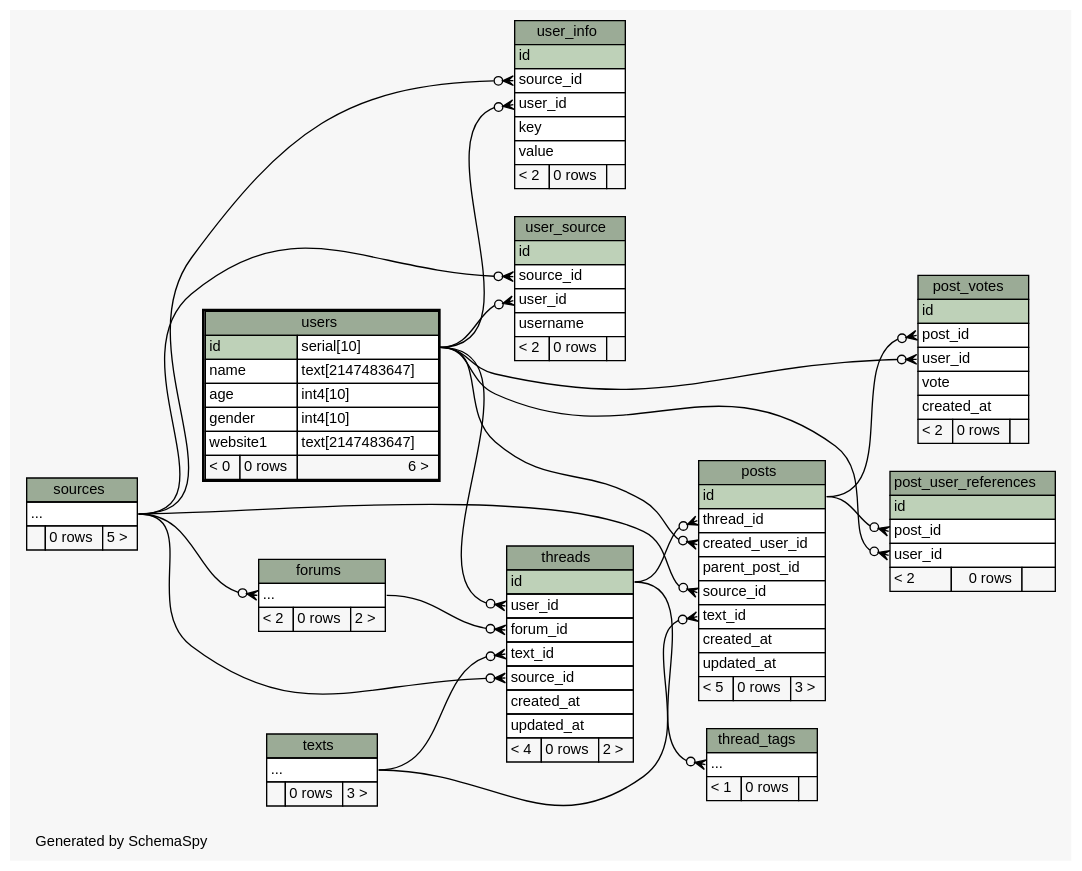
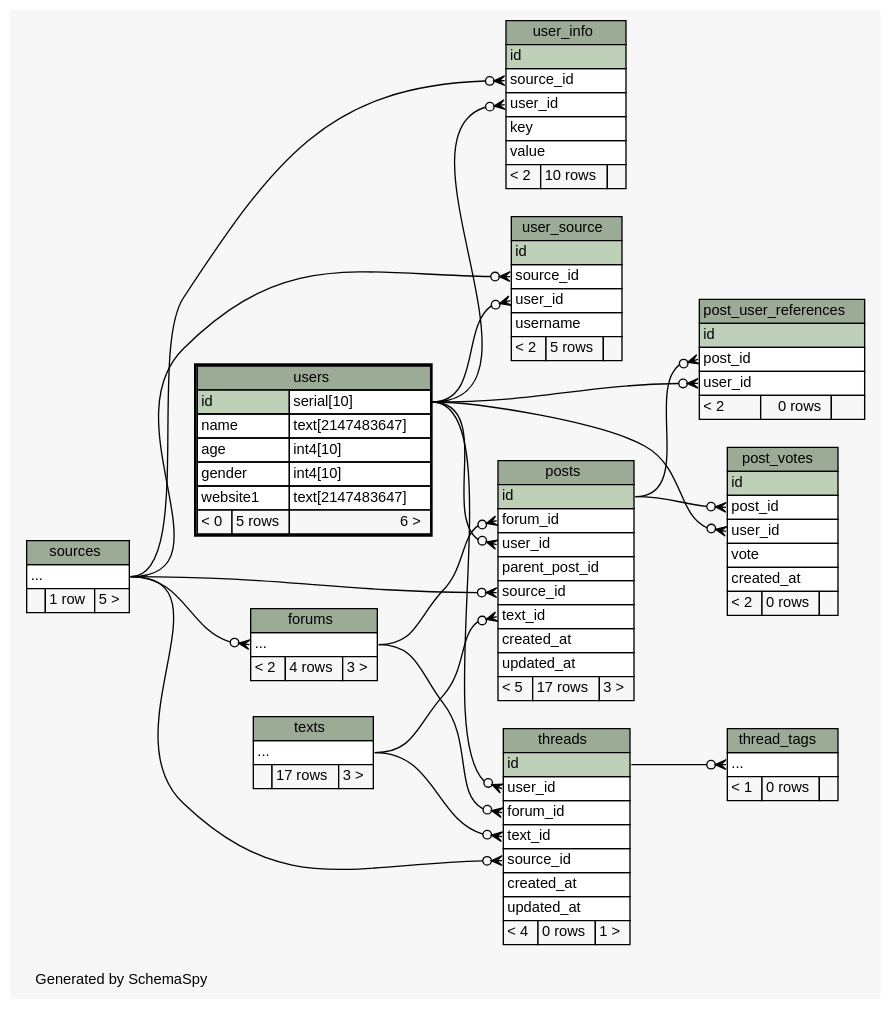
The diagram in schema/oltp/diagrams/users.2degrees.dot (ryanaustincarlson/moocdb), drawn with Graphviz before and after one commit. The commit also changed 77 other files, not shown here.

Commit message:
updated oltp schema

```diff
--- a/schema/oltp/diagrams/users.2degrees.dot
+++ b/schema/oltp/diagrams/users.2degrees.dot
@@ -1,180 +1,180 @@
-// dot 2.34.0 on Mac OS X 10.8.3
+// dot 2.32.0 on Mac OS X 10.8.5
 // SchemaSpy rev 590
 digraph "twoDegreesRelationshipsDiagram" {
   graph [
     rankdir="RL"
     bgcolor="#f7f7f7"
     label="\nGenerated by SchemaSpy"
     labeljust="l"
     nodesep="0.18"
     ranksep="0.46"
     fontname="Helvetica"
     fontsize="11"
   ];
   node [
     fontname="Helvetica"
     fontsize="11"
     shape="plaintext"
   ];
   edge [
     arrowsize="0.8"
   ];
   "forums":"elipses":w -> "sources":"elipses":e [arrowhead=none dir=back arrowtail=crowodot];
   "post_user_references":"post_id":w -> "posts":"id":e [arrowhead=none dir=back arrowtail=crowodot];
   "post_user_references":"user_id":w -> "users":"id.type":e [arrowhead=none dir=back arrowtail=crowodot];
   "post_votes":"post_id":w -> "posts":"id":e [arrowhead=none dir=back arrowtail=crowodot];
   "post_votes":"user_id":w -> "users":"id.type":e [arrowhead=none dir=back arrowtail=crowodot];
-  "posts":"created_user_id":w -> "users":"id.type":e [arrowhead=none dir=back arrowtail=crowodot];
+  "posts":"forum_id":w -> "forums":"elipses":e [arrowhead=none dir=back arrowtail=crowodot];
   "posts":"source_id":w -> "sources":"elipses":e [arrowhead=none dir=back arrowtail=crowodot];
   "posts":"text_id":w -> "texts":"elipses":e [arrowhead=none dir=back arrowtail=crowodot];
-  "posts":"thread_id":w -> "threads":"id":e [arrowhead=none dir=back arrowtail=crowodot];
+  "posts":"user_id":w -> "users":"id.type":e [arrowhead=none dir=back arrowtail=crowodot];
   "thread_tags":"elipses":w -> "threads":"id":e [arrowhead=none dir=back arrowtail=crowodot];
   "threads":"forum_id":w -> "forums":"elipses":e [arrowhead=none dir=back arrowtail=crowodot];
   "threads":"source_id":w -> "sources":"elipses":e [arrowhead=none dir=back arrowtail=crowodot];
   "threads":"text_id":w -> "texts":"elipses":e [arrowhead=none dir=back arrowtail=crowodot];
   "threads":"user_id":w -> "users":"id.type":e [arrowhead=none dir=back arrowtail=crowodot];
   "user_info":"source_id":w -> "sources":"elipses":e [arrowhead=none dir=back arrowtail=crowodot];
   "user_info":"user_id":w -> "users":"id.type":e [arrowhead=none dir=back arrowtail=crowodot];
   "user_source":"source_id":w -> "sources":"elipses":e [arrowhead=none dir=back arrowtail=crowodot];
   "user_source":"user_id":w -> "users":"id.type":e [arrowhead=none dir=back arrowtail=crowodot];
   "forums" [
     label=<
     <TABLE BORDER="0" CELLBORDER="1" CELLSPACING="0" BGCOLOR="#ffffff">
       <TR><TD COLSPAN="3" BGCOLOR="#9bab96" ALIGN="CENTER">forums</TD></TR>
       <TR><TD PORT="elipses" COLSPAN="3" ALIGN="LEFT">...</TD></TR>
-      <TR><TD ALIGN="LEFT" BGCOLOR="#f7f7f7">&lt; 2</TD><TD ALIGN="RIGHT" BGCOLOR="#f7f7f7">0 rows</TD><TD ALIGN="RIGHT" BGCOLOR="#f7f7f7">2 &gt;</TD></TR>
+      <TR><TD ALIGN="LEFT" BGCOLOR="#f7f7f7">&lt; 2</TD><TD ALIGN="RIGHT" BGCOLOR="#f7f7f7">4 rows</TD><TD ALIGN="RIGHT" BGCOLOR="#f7f7f7">3 &gt;</TD></TR>
     </TABLE>>
     URL="forums.html"
     tooltip="forums"
   ];
   "post_user_references" [
     label=<
     <TABLE BORDER="0" CELLBORDER="1" CELLSPACING="0" BGCOLOR="#ffffff">
       <TR><TD COLSPAN="3" BGCOLOR="#9bab96" ALIGN="CENTER">post_user_references</TD></TR>
       <TR><TD PORT="id" COLSPAN="3" BGCOLOR="#bed1b8" ALIGN="LEFT">id</TD></TR>
       <TR><TD PORT="post_id" COLSPAN="3" ALIGN="LEFT">post_id</TD></TR>
       <TR><TD PORT="user_id" COLSPAN="3" ALIGN="LEFT">user_id</TD></TR>
       <TR><TD ALIGN="LEFT" BGCOLOR="#f7f7f7">&lt; 2</TD><TD ALIGN="RIGHT" BGCOLOR="#f7f7f7">0 rows</TD><TD ALIGN="RIGHT" BGCOLOR="#f7f7f7">  </TD></TR>
     </TABLE>>
     URL="post_user_references.html"
     tooltip="post_user_references"
   ];
   "post_votes" [
     label=<
     <TABLE BORDER="0" CELLBORDER="1" CELLSPACING="0" BGCOLOR="#ffffff">
       <TR><TD COLSPAN="3" BGCOLOR="#9bab96" ALIGN="CENTER">post_votes</TD></TR>
       <TR><TD PORT="id" COLSPAN="3" BGCOLOR="#bed1b8" ALIGN="LEFT">id</TD></TR>
       <TR><TD PORT="post_id" COLSPAN="3" ALIGN="LEFT">post_id</TD></TR>
       <TR><TD PORT="user_id" COLSPAN="3" ALIGN="LEFT">user_id</TD></TR>
       <TR><TD PORT="vote" COLSPAN="3" ALIGN="LEFT">vote</TD></TR>
       <TR><TD PORT="created_at" COLSPAN="3" ALIGN="LEFT">created_at</TD></TR>
       <TR><TD ALIGN="LEFT" BGCOLOR="#f7f7f7">&lt; 2</TD><TD ALIGN="RIGHT" BGCOLOR="#f7f7f7">0 rows</TD><TD ALIGN="RIGHT" BGCOLOR="#f7f7f7">  </TD></TR>
     </TABLE>>
     URL="post_votes.html"
     tooltip="post_votes"
   ];
   "posts" [
     label=<
     <TABLE BORDER="0" CELLBORDER="1" CELLSPACING="0" BGCOLOR="#ffffff">
       <TR><TD COLSPAN="3" BGCOLOR="#9bab96" ALIGN="CENTER">posts</TD></TR>
       <TR><TD PORT="id" COLSPAN="3" BGCOLOR="#bed1b8" ALIGN="LEFT">id</TD></TR>
-      <TR><TD PORT="thread_id" COLSPAN="3" ALIGN="LEFT">thread_id</TD></TR>
-      <TR><TD PORT="created_user_id" COLSPAN="3" ALIGN="LEFT">created_user_id</TD></TR>
+      <TR><TD PORT="forum_id" COLSPAN="3" ALIGN="LEFT">forum_id</TD></TR>
+      <TR><TD PORT="user_id" COLSPAN="3" ALIGN="LEFT">user_id</TD></TR>
       <TR><TD PORT="parent_post_id" COLSPAN="3" ALIGN="LEFT">parent_post_id</TD></TR>
       <TR><TD PORT="source_id" COLSPAN="3" ALIGN="LEFT">source_id</TD></TR>
       <TR><TD PORT="text_id" COLSPAN="3" ALIGN="LEFT">text_id</TD></TR>
       <TR><TD PORT="created_at" COLSPAN="3" ALIGN="LEFT">created_at</TD></TR>
       <TR><TD PORT="updated_at" COLSPAN="3" ALIGN="LEFT">updated_at</TD></TR>
-      <TR><TD ALIGN="LEFT" BGCOLOR="#f7f7f7">&lt; 5</TD><TD ALIGN="RIGHT" BGCOLOR="#f7f7f7">0 rows</TD><TD ALIGN="RIGHT" BGCOLOR="#f7f7f7">3 &gt;</TD></TR>
+      <TR><TD ALIGN="LEFT" BGCOLOR="#f7f7f7">&lt; 5</TD><TD ALIGN="RIGHT" BGCOLOR="#f7f7f7">17 rows</TD><TD ALIGN="RIGHT" BGCOLOR="#f7f7f7">3 &gt;</TD></TR>
     </TABLE>>
     URL="posts.html"
     tooltip="posts"
   ];
   "sources" [
     label=<
     <TABLE BORDER="0" CELLBORDER="1" CELLSPACING="0" BGCOLOR="#ffffff">
       <TR><TD COLSPAN="3" BGCOLOR="#9bab96" ALIGN="CENTER">sources</TD></TR>
       <TR><TD PORT="elipses" COLSPAN="3" ALIGN="LEFT">...</TD></TR>
-      <TR><TD ALIGN="LEFT" BGCOLOR="#f7f7f7">  </TD><TD ALIGN="RIGHT" BGCOLOR="#f7f7f7">0 rows</TD><TD ALIGN="RIGHT" BGCOLOR="#f7f7f7">5 &gt;</TD></TR>
+      <TR><TD ALIGN="LEFT" BGCOLOR="#f7f7f7">  </TD><TD ALIGN="RIGHT" BGCOLOR="#f7f7f7">1 row</TD><TD ALIGN="RIGHT" BGCOLOR="#f7f7f7">5 &gt;</TD></TR>
     </TABLE>>
     URL="sources.html"
     tooltip="sources"
   ];
   "texts" [
     label=<
     <TABLE BORDER="0" CELLBORDER="1" CELLSPACING="0" BGCOLOR="#ffffff">
       <TR><TD COLSPAN="3" BGCOLOR="#9bab96" ALIGN="CENTER">texts</TD></TR>
       <TR><TD PORT="elipses" COLSPAN="3" ALIGN="LEFT">...</TD></TR>
-      <TR><TD ALIGN="LEFT" BGCOLOR="#f7f7f7">  </TD><TD ALIGN="RIGHT" BGCOLOR="#f7f7f7">0 rows</TD><TD ALIGN="RIGHT" BGCOLOR="#f7f7f7">3 &gt;</TD></TR>
+      <TR><TD ALIGN="LEFT" BGCOLOR="#f7f7f7">  </TD><TD ALIGN="RIGHT" BGCOLOR="#f7f7f7">17 rows</TD><TD ALIGN="RIGHT" BGCOLOR="#f7f7f7">3 &gt;</TD></TR>
     </TABLE>>
     URL="texts.html"
     tooltip="texts"
   ];
   "thread_tags" [
     label=<
     <TABLE BORDER="0" CELLBORDER="1" CELLSPACING="0" BGCOLOR="#ffffff">
       <TR><TD COLSPAN="3" BGCOLOR="#9bab96" ALIGN="CENTER">thread_tags</TD></TR>
       <TR><TD PORT="elipses" COLSPAN="3" ALIGN="LEFT">...</TD></TR>
       <TR><TD ALIGN="LEFT" BGCOLOR="#f7f7f7">&lt; 1</TD><TD ALIGN="RIGHT" BGCOLOR="#f7f7f7">0 rows</TD><TD ALIGN="RIGHT" BGCOLOR="#f7f7f7">  </TD></TR>
     </TABLE>>
     URL="thread_tags.html"
     tooltip="thread_tags"
   ];
   "threads" [
     label=<
     <TABLE BORDER="0" CELLBORDER="1" CELLSPACING="0" BGCOLOR="#ffffff">
       <TR><TD COLSPAN="3" BGCOLOR="#9bab96" ALIGN="CENTER">threads</TD></TR>
       <TR><TD PORT="id" COLSPAN="3" BGCOLOR="#bed1b8" ALIGN="LEFT">id</TD></TR>
       <TR><TD PORT="user_id" COLSPAN="3" ALIGN="LEFT">user_id</TD></TR>
       <TR><TD PORT="forum_id" COLSPAN="3" ALIGN="LEFT">forum_id</TD></TR>
       <TR><TD PORT="text_id" COLSPAN="3" ALIGN="LEFT">text_id</TD></TR>
       <TR><TD PORT="source_id" COLSPAN="3" ALIGN="LEFT">source_id</TD></TR>
       <TR><TD PORT="created_at" COLSPAN="3" ALIGN="LEFT">created_at</TD></TR>
       <TR><TD PORT="updated_at" COLSPAN="3" ALIGN="LEFT">updated_at</TD></TR>
-      <TR><TD ALIGN="LEFT" BGCOLOR="#f7f7f7">&lt; 4</TD><TD ALIGN="RIGHT" BGCOLOR="#f7f7f7">0 rows</TD><TD ALIGN="RIGHT" BGCOLOR="#f7f7f7">2 &gt;</TD></TR>
+      <TR><TD ALIGN="LEFT" BGCOLOR="#f7f7f7">&lt; 4</TD><TD ALIGN="RIGHT" BGCOLOR="#f7f7f7">0 rows</TD><TD ALIGN="RIGHT" BGCOLOR="#f7f7f7">1 &gt;</TD></TR>
     </TABLE>>
     URL="threads.html"
     tooltip="threads"
   ];
   "user_info" [
     label=<
     <TABLE BORDER="0" CELLBORDER="1" CELLSPACING="0" BGCOLOR="#ffffff">
       <TR><TD COLSPAN="3" BGCOLOR="#9bab96" ALIGN="CENTER">user_info</TD></TR>
       <TR><TD PORT="id" COLSPAN="3" BGCOLOR="#bed1b8" ALIGN="LEFT">id</TD></TR>
       <TR><TD PORT="source_id" COLSPAN="3" ALIGN="LEFT">source_id</TD></TR>
       <TR><TD PORT="user_id" COLSPAN="3" ALIGN="LEFT">user_id</TD></TR>
       <TR><TD PORT="key" COLSPAN="3" ALIGN="LEFT">key</TD></TR>
       <TR><TD PORT="value" COLSPAN="3" ALIGN="LEFT">value</TD></TR>
-      <TR><TD ALIGN="LEFT" BGCOLOR="#f7f7f7">&lt; 2</TD><TD ALIGN="RIGHT" BGCOLOR="#f7f7f7">0 rows</TD><TD ALIGN="RIGHT" BGCOLOR="#f7f7f7">  </TD></TR>
+      <TR><TD ALIGN="LEFT" BGCOLOR="#f7f7f7">&lt; 2</TD><TD ALIGN="RIGHT" BGCOLOR="#f7f7f7">10 rows</TD><TD ALIGN="RIGHT" BGCOLOR="#f7f7f7">  </TD></TR>
     </TABLE>>
     URL="user_info.html"
     tooltip="user_info"
   ];
   "user_source" [
     label=<
     <TABLE BORDER="0" CELLBORDER="1" CELLSPACING="0" BGCOLOR="#ffffff">
       <TR><TD COLSPAN="3" BGCOLOR="#9bab96" ALIGN="CENTER">user_source</TD></TR>
       <TR><TD PORT="id" COLSPAN="3" BGCOLOR="#bed1b8" ALIGN="LEFT">id</TD></TR>
       <TR><TD PORT="source_id" COLSPAN="3" ALIGN="LEFT">source_id</TD></TR>
       <TR><TD PORT="user_id" COLSPAN="3" ALIGN="LEFT">user_id</TD></TR>
       <TR><TD PORT="username" COLSPAN="3" ALIGN="LEFT">username</TD></TR>
-      <TR><TD ALIGN="LEFT" BGCOLOR="#f7f7f7">&lt; 2</TD><TD ALIGN="RIGHT" BGCOLOR="#f7f7f7">0 rows</TD><TD ALIGN="RIGHT" BGCOLOR="#f7f7f7">  </TD></TR>
+      <TR><TD ALIGN="LEFT" BGCOLOR="#f7f7f7">&lt; 2</TD><TD ALIGN="RIGHT" BGCOLOR="#f7f7f7">5 rows</TD><TD ALIGN="RIGHT" BGCOLOR="#f7f7f7">  </TD></TR>
     </TABLE>>
     URL="user_source.html"
     tooltip="user_source"
   ];
   "users" [
     label=<
     <TABLE BORDER="2" CELLBORDER="1" CELLSPACING="0" BGCOLOR="#ffffff">
       <TR><TD COLSPAN="3" BGCOLOR="#9bab96" ALIGN="CENTER">users</TD></TR>
       <TR><TD PORT="id" COLSPAN="2" BGCOLOR="#bed1b8" ALIGN="LEFT">id</TD><TD PORT="id.type" ALIGN="LEFT">serial[10]</TD></TR>
       <TR><TD PORT="name" COLSPAN="2" ALIGN="LEFT">name</TD><TD PORT="name.type" ALIGN="LEFT">text[2147483647]</TD></TR>
       <TR><TD PORT="age" COLSPAN="2" ALIGN="LEFT">age</TD><TD PORT="age.type" ALIGN="LEFT">int4[10]</TD></TR>
       <TR><TD PORT="gender" COLSPAN="2" ALIGN="LEFT">gender</TD><TD PORT="gender.type" ALIGN="LEFT">int4[10]</TD></TR>
       <TR><TD PORT="website1" COLSPAN="2" ALIGN="LEFT">website1</TD><TD PORT="website1.type" ALIGN="LEFT">text[2147483647]</TD></TR>
-      <TR><TD ALIGN="LEFT" BGCOLOR="#f7f7f7">&lt; 0</TD><TD ALIGN="RIGHT" BGCOLOR="#f7f7f7">0 rows</TD><TD ALIGN="RIGHT" BGCOLOR="#f7f7f7">6 &gt;</TD></TR>
+      <TR><TD ALIGN="LEFT" BGCOLOR="#f7f7f7">&lt; 0</TD><TD ALIGN="RIGHT" BGCOLOR="#f7f7f7">5 rows</TD><TD ALIGN="RIGHT" BGCOLOR="#f7f7f7">6 &gt;</TD></TR>
     </TABLE>>
     URL="users.html"
     tooltip="users"
   ];
 }
```
